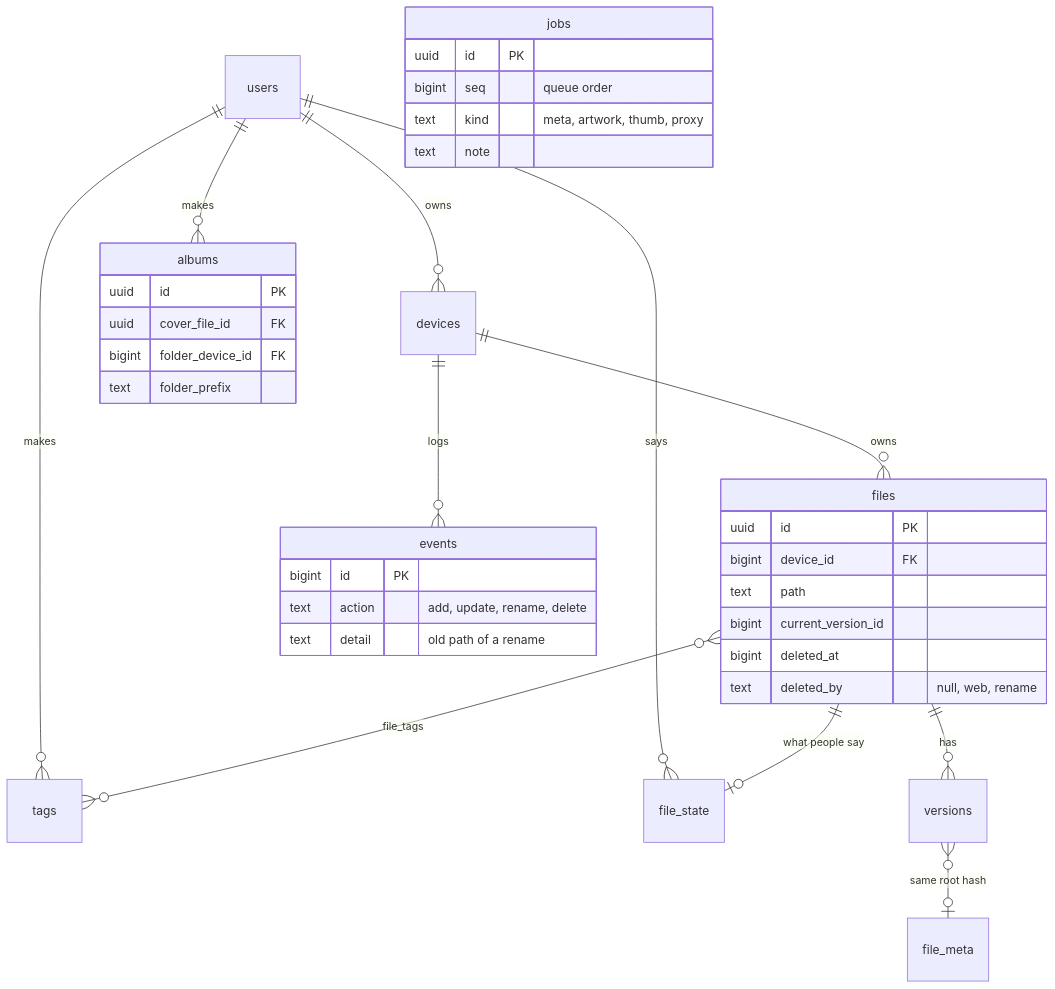
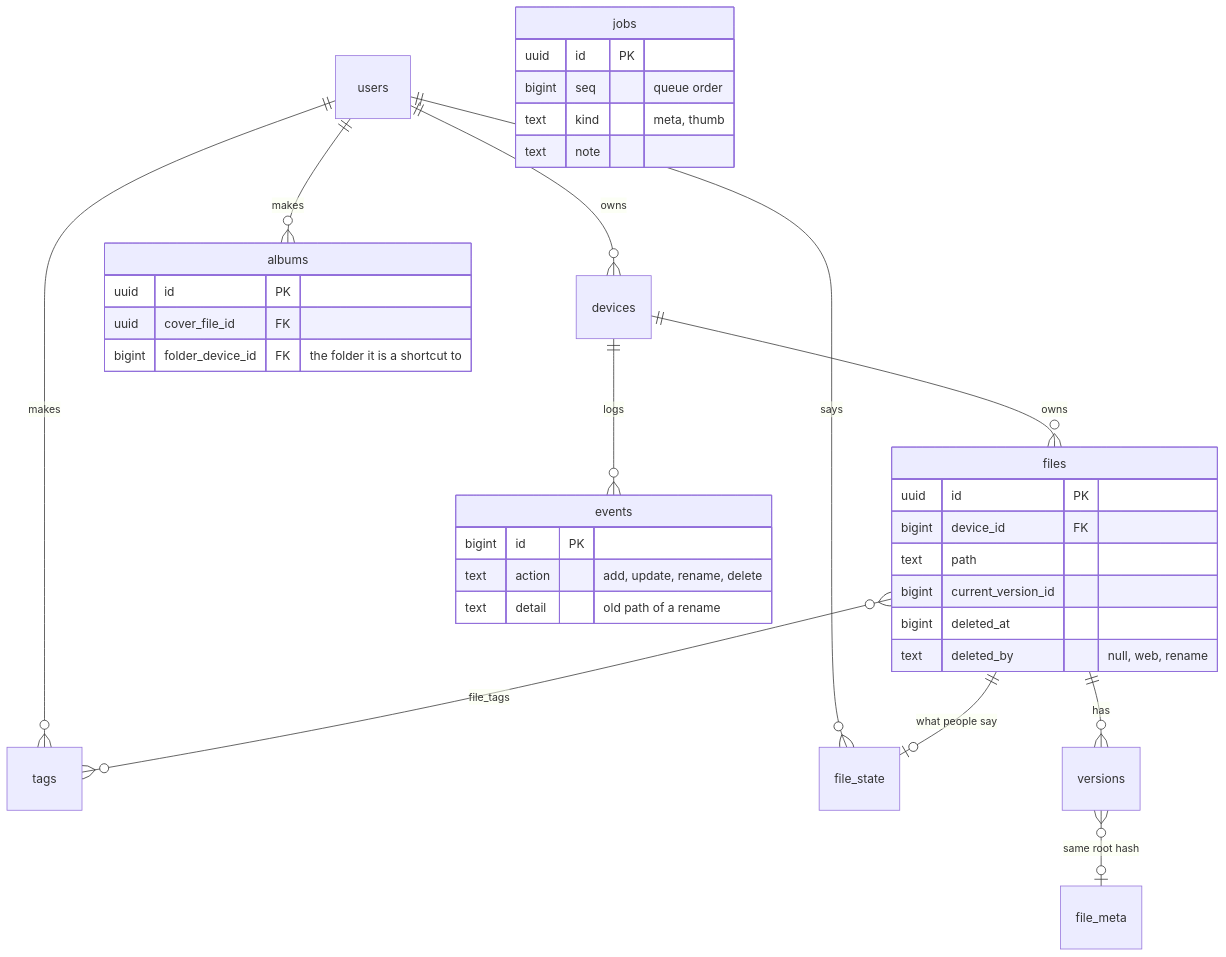
One commit to jameelhamdan/fafnirx changed the third of 3 diagrams in docs/architecture.md. Above: the diagram before and after it, drawn with Mermaid. The commit also changed other lines of this file and 223 other files, not shown here.

````diff
--- a/docs/architecture.md
+++ b/docs/architecture.md
@@ -165,38 +164,37 @@
 ```mermaid
 erDiagram
     users ||--o{ devices : owns
     users ||--o{ albums : makes
     users ||--o{ tags : makes
     users ||--o{ file_state : says
     devices ||--o{ files : owns
     devices ||--o{ events : logs
     files ||--o{ versions : has
     files ||--o| file_state : "what people say"
     files }o--o{ tags : file_tags
     versions }o--o| file_meta : "same root hash"
     files {
         uuid id PK
         bigint device_id FK
         text path
         bigint current_version_id
         bigint deleted_at
         text deleted_by "null, web, rename"
     }
     events {
         bigint id PK
         text action "add, update, rename, delete"
         text detail "old path of a rename"
     }
     albums {
         uuid id PK
         uuid cover_file_id FK
-        bigint folder_device_id FK
-        text folder_prefix
+        bigint folder_device_id FK "the folder it is a shortcut to"
     }
     jobs {
         uuid id PK
         bigint seq "queue order"
-        text kind "meta, artwork, thumb, proxy"
+        text kind "meta, thumb"
         text note
     }
 ```
````
